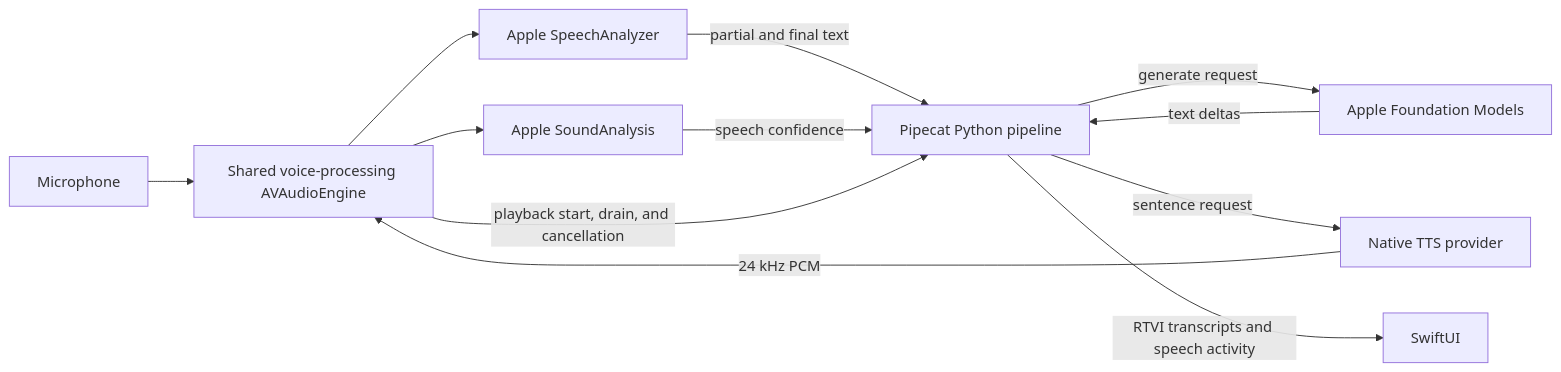
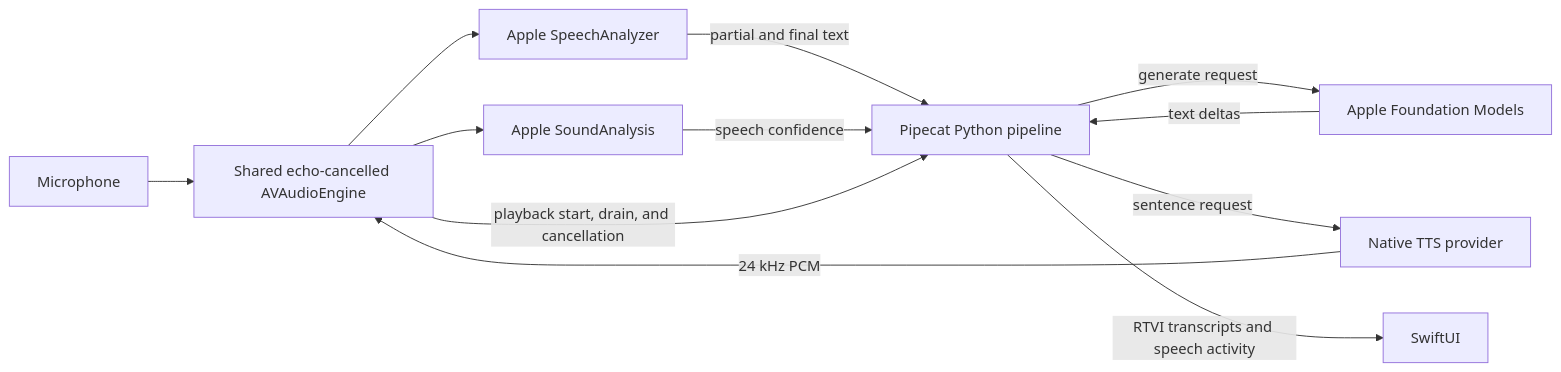
The diagram in docs/architecture.md (pipecat-ai/pipecat-build-ios), drawn with Mermaid before and after one commit. The commit also changed other lines of this file and 14 other files, not shown here.

````diff
--- a/docs/architecture.md
+++ b/docs/architecture.md
@@ -3,14 +3,14 @@
 ```mermaid
 flowchart LR
-    Mic[Microphone] --> Audio[Shared voice-processing AVAudioEngine]
+    Mic[Microphone] --> Audio[Shared echo-cancelled AVAudioEngine]
     Audio --> ASR[Apple SpeechAnalyzer]
     Audio --> VAD[Apple SoundAnalysis]
     ASR -->|partial and final text| Python[Pipecat Python pipeline]
     VAD -->|speech confidence| Python
     Python -->|generate request| LLM[Apple Foundation Models]
     LLM -->|text deltas| Python
     Python -->|sentence request| TTS[Native TTS provider]
     TTS -->|24 kHz PCM| Audio
     Audio -->|playback start, drain, and cancellation| Python
     Python -->|RTVI transcripts and speech activity| UI[SwiftUI]
 ```
````
